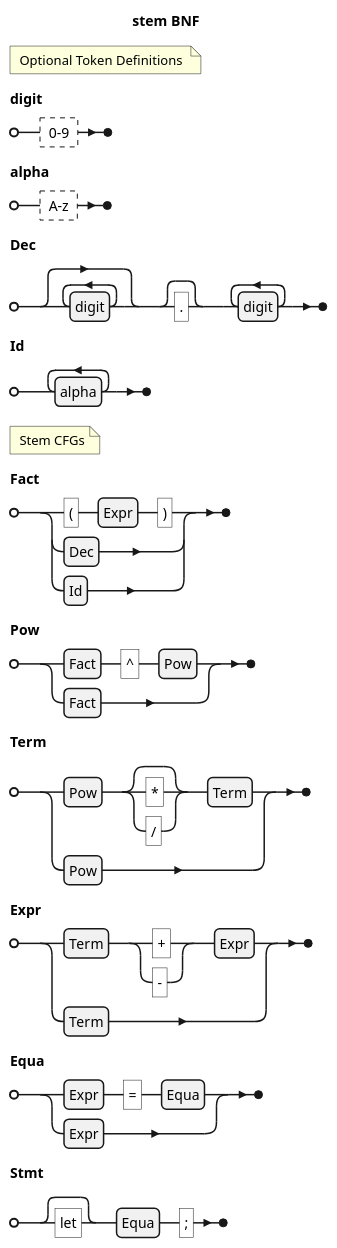
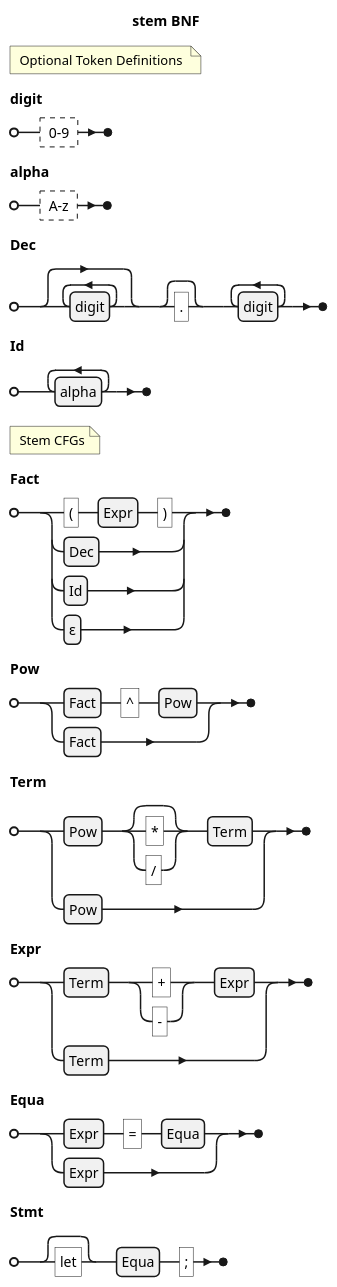
The first of 5 diagrams in .devcontainer/grammar.md (CSaintos/Mua), drawn with PlantUML before and after one commit. The commit also changed 7 other files, not shown here.

````diff
--- a/.devcontainer/grammar.md
+++ b/.devcontainer/grammar.md
@@ -3,21 +3,21 @@
 ```plantuml
 @startebnf stem EBNF
 'https://plantuml.com/ebnf
 title stem BNF
 
 (* Optional Token Definitions *)
 digit = ? 0-9 ?;
 alpha = ? A-z ?;
 Dec = {digit}, ["."], {digit}-;
 Id = {alpha}-;
 
 (* Stem CFGs*)
-Fact = ("(", Expr, ")") | Dec | Id;
+Fact = ("(", Expr, ")") | Dec | Id | ε;
 Pow = Fact, "^", Pow | Fact;
 Term = Pow, ["*" | "/"], Term | Pow;
 Expr = Term, ("+" | "-"), Expr | Term;
 Equa = Expr, "=", Equa | Expr;
 Stmt = ["let"], Equa, ";";
 
 @endebnf
 ```
````
